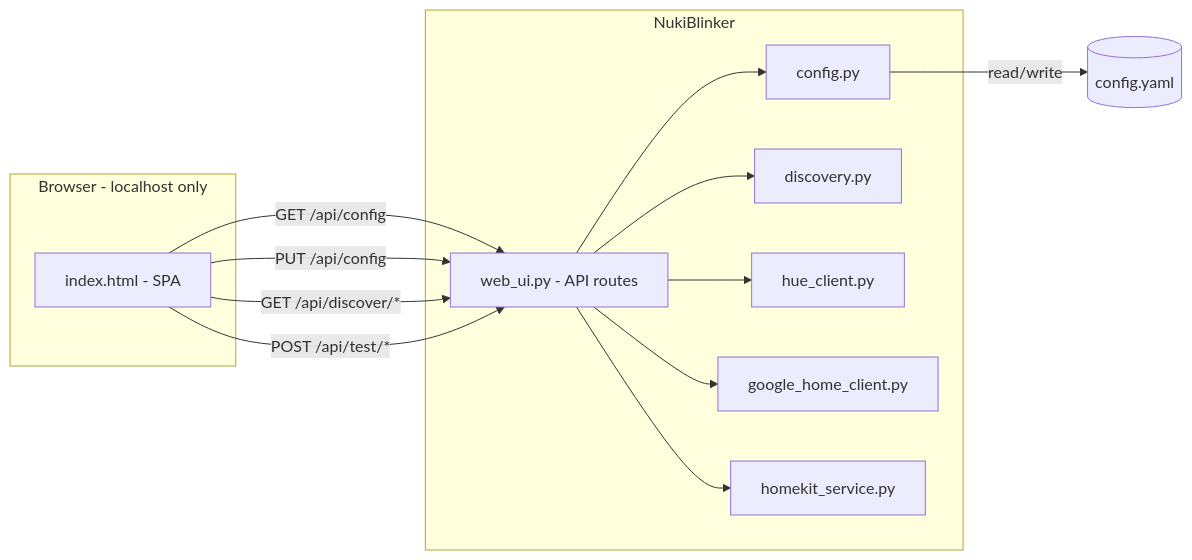
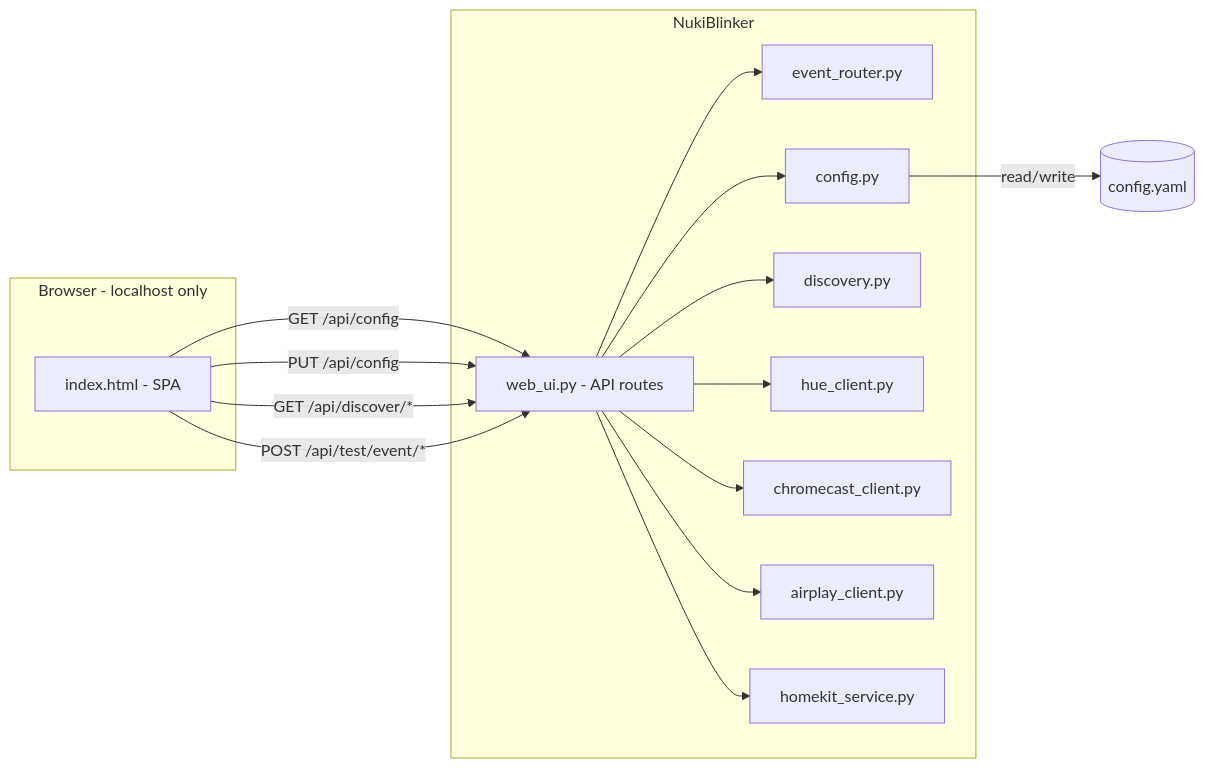
Before and after one commit to nicdobler/NukiBlinker: the fourth of 4 diagrams in specs/tech-spec.md, drawn with Mermaid. The commit also changed other lines of this file and 1 other file, not shown here.

Commit message:
docs: event-based rules, HomePod AirPlay support, event router

````diff
--- a/specs/tech-spec.md
+++ b/specs/tech-spec.md
@@ -373,26 +474,30 @@
 ```mermaid
 flowchart LR
     subgraph Browser [Browser - localhost only]
         UI[index.html - SPA]
     end
 
     subgraph NukiBlinker
         WUI[web_ui.py - API routes]
+        ER[event_router.py]
         CFG[config.py]
         DISC[discovery.py]
         HC[hue_client.py]
-        GHC[google_home_client.py]
+        CC[chromecast_client.py]
+        AC[airplay_client.py]
         HKS[homekit_service.py]
     end
 
     UI -->|GET /api/config| WUI
     UI -->|PUT /api/config| WUI
     UI -->|GET /api/discover/*| WUI
-    UI -->|POST /api/test/*| WUI
+    UI -->|POST /api/test/event/*| WUI
     WUI --> CFG
+    WUI --> ER
     WUI --> DISC
     WUI --> HC
-    WUI --> GHC
+    WUI --> CC
+    WUI --> AC
     WUI --> HKS
     CFG -->|read/write| YAML[(config.yaml)]
 ```
````
